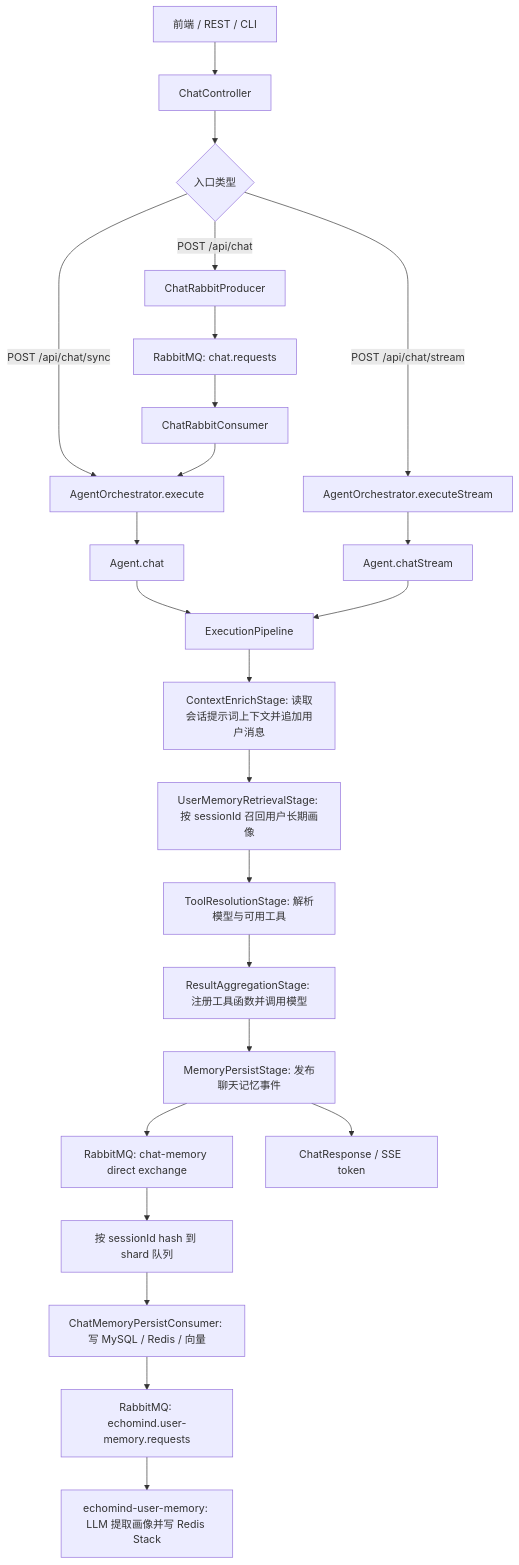
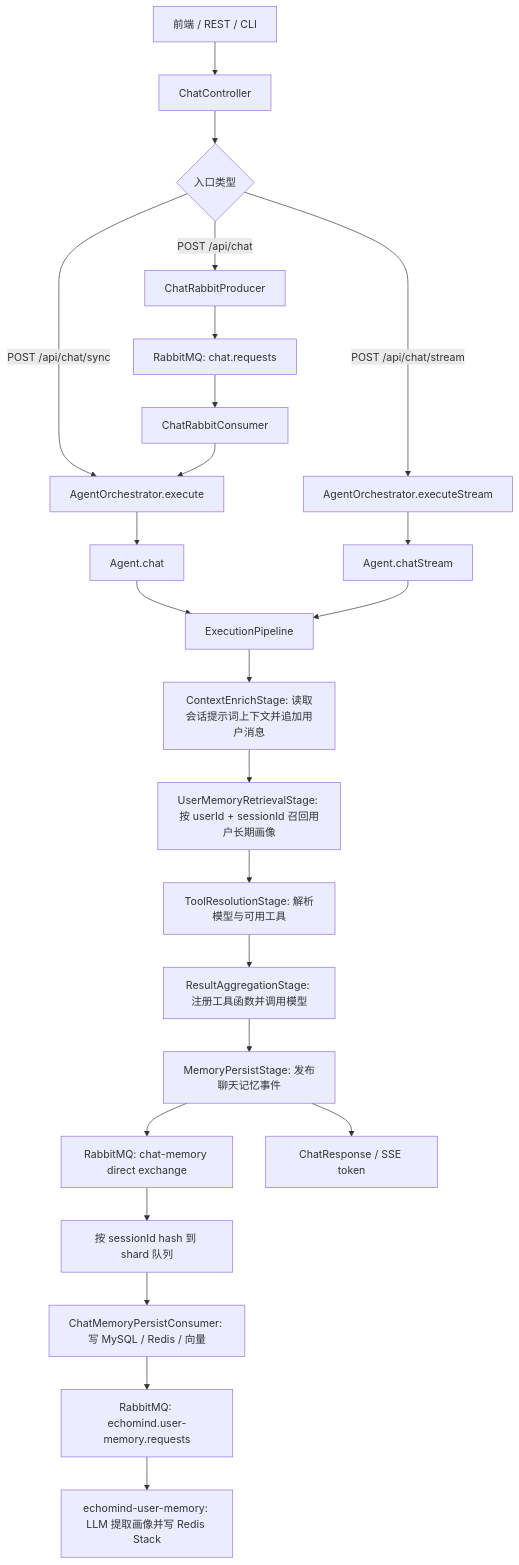
The second of 4 diagrams in README.md (kaiyue-ai/EchoMind), drawn with Mermaid before and after one commit. The commit also changed other lines of this file and 63 other files, not shown here.

````diff
--- a/README.md
+++ b/README.md
@@ -73,26 +73,26 @@
 ```mermaid
 flowchart TD
     A["前端 / REST / CLI"] --> B["ChatController"]
     B --> C{"入口类型"}
     C -->|"POST /api/chat/sync"| D["AgentOrchestrator.execute"]
     C -->|"POST /api/chat"| E["ChatRabbitProducer"]
     E --> F["RabbitMQ: chat.requests"]
     F --> G["ChatRabbitConsumer"]
     G --> D
     C -->|"POST /api/chat/stream"| H["AgentOrchestrator.executeStream"]
     D --> I["Agent.chat"]
     H --> J["Agent.chatStream"]
     I --> K["ExecutionPipeline"]
     J --> K
     K --> L["ContextEnrichStage: 读取会话提示词上下文并追加用户消息"]
-    L --> U["UserMemoryRetrievalStage: 按 sessionId 召回用户长期画像"]
+    L --> U["UserMemoryRetrievalStage: 按 userId + sessionId 召回用户长期画像"]
     U --> M["ToolResolutionStage: 解析模型与可用工具"]
     M --> O["ResultAggregationStage: 注册工具函数并调用模型"]
     O --> P["MemoryPersistStage: 发布聊天记忆事件"]
     P --> V["RabbitMQ: chat-memory direct exchange"]
     V --> W["按 sessionId hash 到 shard 队列"]
     W --> X["ChatMemoryPersistConsumer: 写 MySQL / Redis / 向量"]
     X --> R["RabbitMQ: echomind.user-memory.requests"]
     R --> S["echomind-user-memory: LLM 提取画像并写 Redis Stack"]
     P --> Q["ChatResponse / SSE token"]
 ```
````
